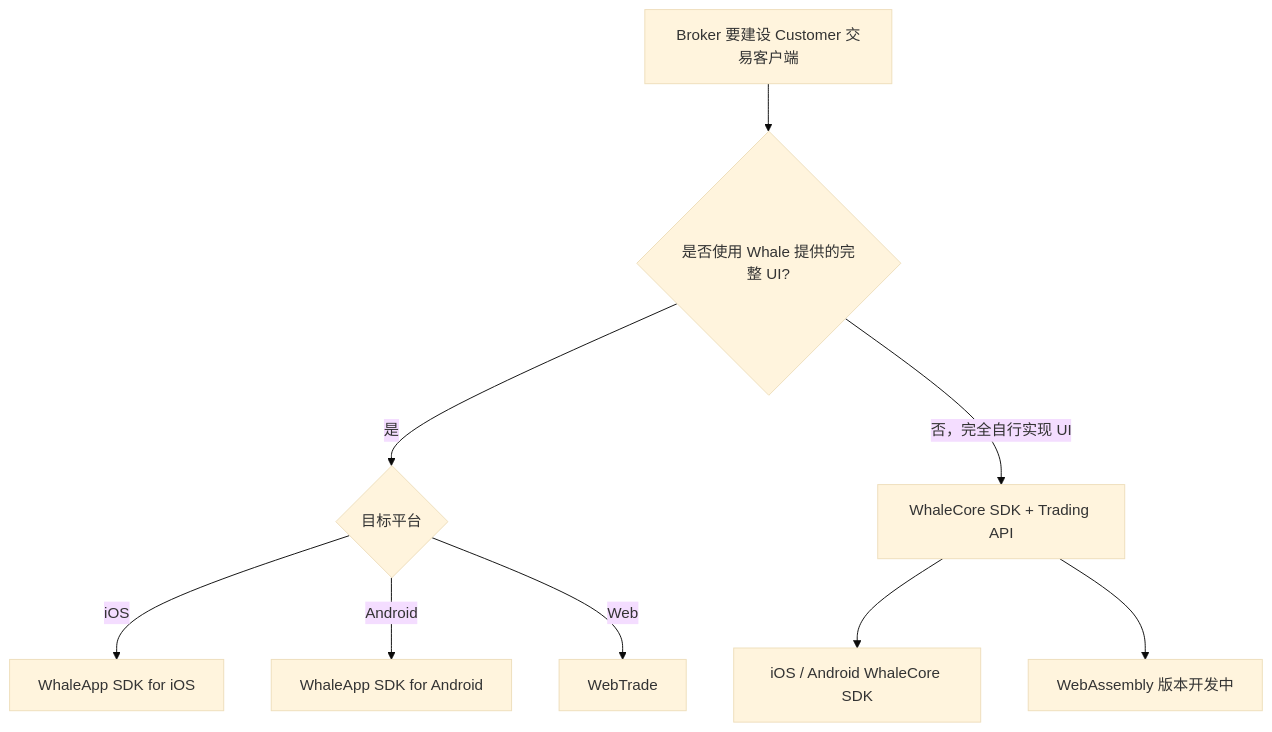
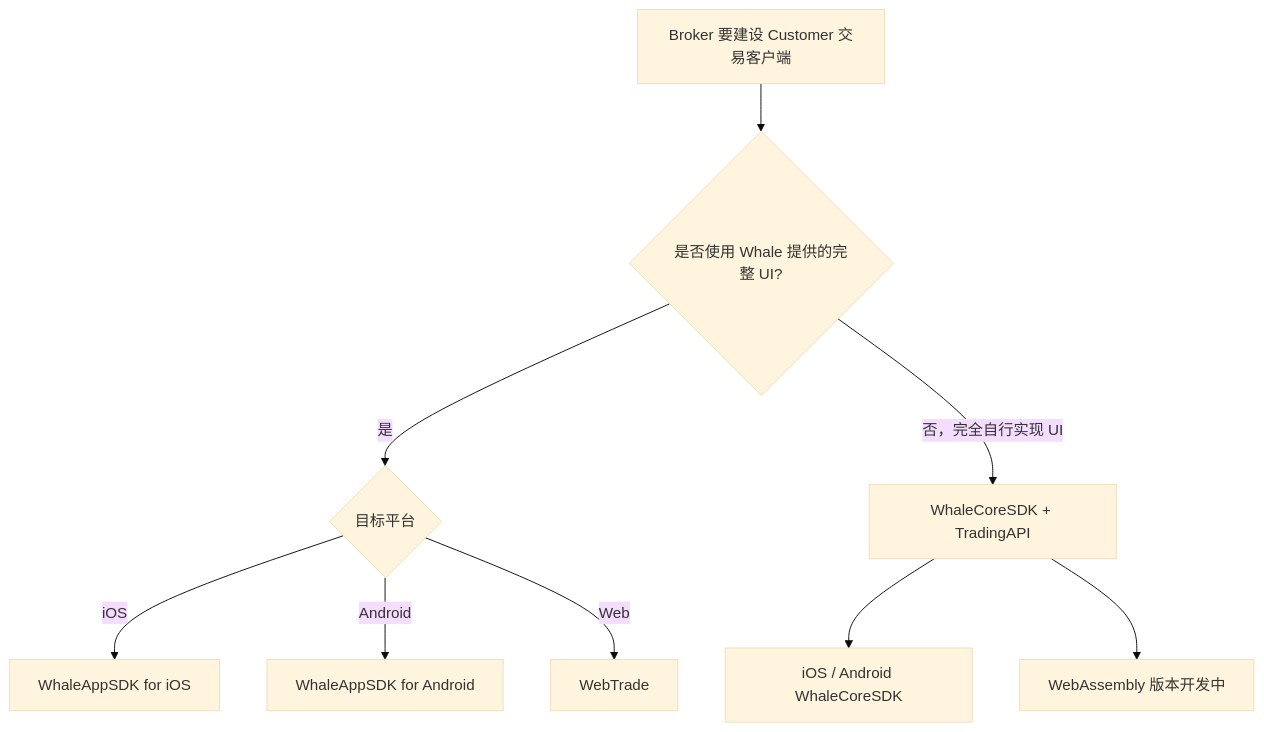
Before and after one commit to longbridge/whale-docs: the diagram in docs/zh-CN/docs/integration-options.mdx, drawn with Mermaid (base theme). The commit also changed other lines of this file and 120 other files, not shown here.

````diff
--- a/docs/zh-CN/docs/integration-options.mdx
+++ b/docs/zh-CN/docs/integration-options.mdx
@@ -22,11 +22,11 @@
 ```mermaid
 flowchart TD
     A[Broker 要建设 Customer 交易客户端] --> B{是否使用 Whale 提供的完整 UI?}
     B -- 是 --> C{目标平台}
-    C -- iOS --> D[WhaleApp SDK for iOS]
-    C -- Android --> E[WhaleApp SDK for Android]
+    C -- iOS --> D[WhaleAppSDK for iOS]
+    C -- Android --> E[WhaleAppSDK for Android]
     C -- Web --> F[WebTrade]
-    B -- 否，完全自行实现 UI --> G[WhaleCore SDK + Trading API]
-    G --> H[iOS / Android WhaleCore SDK]
+    B -- 否，完全自行实现 UI --> G[WhaleCoreSDK + TradingAPI]
+    G --> H[iOS / Android WhaleCoreSDK]
     G --> I[WebAssembly 版本开发中]
 ```
````
